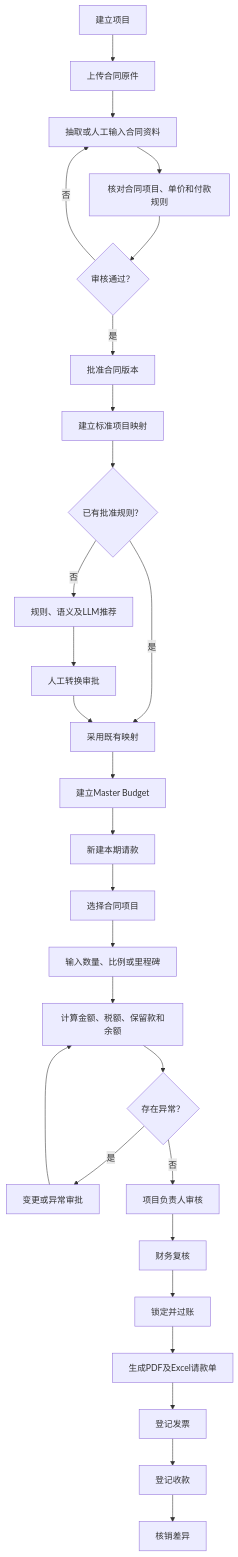
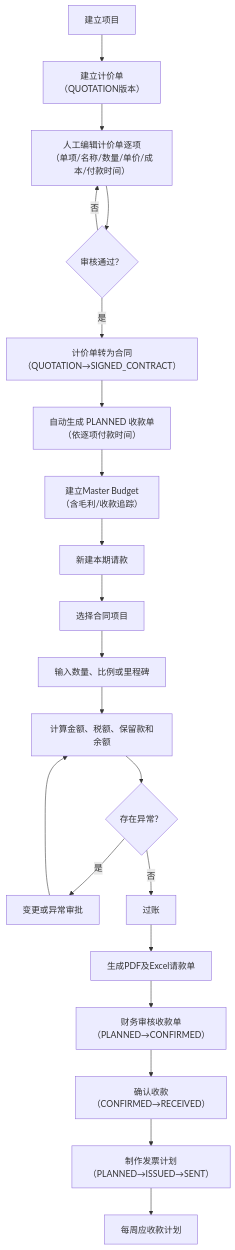
One commit to PMPai/maggie changed the diagram in BUSINESS_RULES.md. Above: the diagram before and after it, drawn with Mermaid. The commit also changed 2 other files, not shown here.

Commit message:
docs: update ARCHITECTURE.md, BUSINESS_RULES.md, README.md for revised system
- ARCHITECTURE.md: new mermaid diagram (Web+MCP, no matching/LLM), updated request flow
- BUSINESS_RULES.md: new flow diagram (计价单→合同→收款→发票)
- README.md: updated description (single-user, 计价单, MCP, no matching/LLM)

````diff
--- a/BUSINESS_RULES.md
+++ b/BUSINESS_RULES.md
@@ -5,30 +5,23 @@
 ```mermaid
 flowchart TD
-    A["建立项目"] --> B["上传合同原件"]
-    B --> C["抽取或人工输入合同资料"]
-    C --> D["核对合同项目、单价和付款规则"]
-    D --> E{"审核通过？"}
-    E -- "否" --> C
-    E -- "是" --> F["批准合同版本"]
-    F --> G["建立标准项目映射"]
-    G --> H{"已有批准规则？"}
-    H -- "是" --> I["采用既有映射"]
-    H -- "否" --> J["规则、语义及LLM推荐"]
-    J --> K["人工转换审批"]
-    K --> I
-    I --> L["建立Master Budget"]
-    L --> M["新建本期请款"]
-    M --> N["选择合同项目"]
-    N --> O["输入数量、比例或里程碑"]
-    O --> P["计算金额、税额、保留款和余额"]
-    P --> Q{"存在异常？"}
-    Q -- "是" --> R["变更或异常审批"]
-    R --> P
-    Q -- "否" --> S["项目负责人审核"]
-    S --> T["财务复核"]
-    T --> U["锁定并过账"]
-    U --> V["生成PDF及Excel请款单"]
-    V --> W["登记发票"]
-    W --> X["登记收款"]
-    X --> Y["核销差异"]
+    A["建立项目"] --> B["建立计价单\n（QUOTATION版本）"]
+    B --> C["人工编辑计价单逐项\n（单项/名称/数量/单价/成本/付款时间）"]
+    C --> D{"审核通过？"}
+    D -- "否" --> C
+    D -- "是" --> E["计价单转为合同\n（QUOTATION→SIGNED_CONTRACT）"]
+    E --> F["自动生成 PLANNED 收款单\n（依逐项付款时间）"]
+    F --> G["建立Master Budget\n（含毛利/收款追踪）"]
+    G --> H["新建本期请款"]
+    H --> I["选择合同项目"]
+    I --> J["输入数量、比例或里程碑"]
+    J --> K["计算金额、税额、保留款和余额"]
+    K --> L{"存在异常？"}
+    L -- "是" --> M["变更或异常审批"]
+    M --> K
+    L -- "否" --> N["过账"]
+    N --> O["生成PDF及Excel请款单"]
+    O --> P["财务审核收款单\n（PLANNED→CONFIRMED）"]
+    P --> Q["确认收款\n（CONFIRMED→RECEIVED）"]
+    Q --> R["制作发票计划\n（PLANNED→ISSUED→SENT）"]
+    R --> S["每周应收款计划"]
 ```
````
